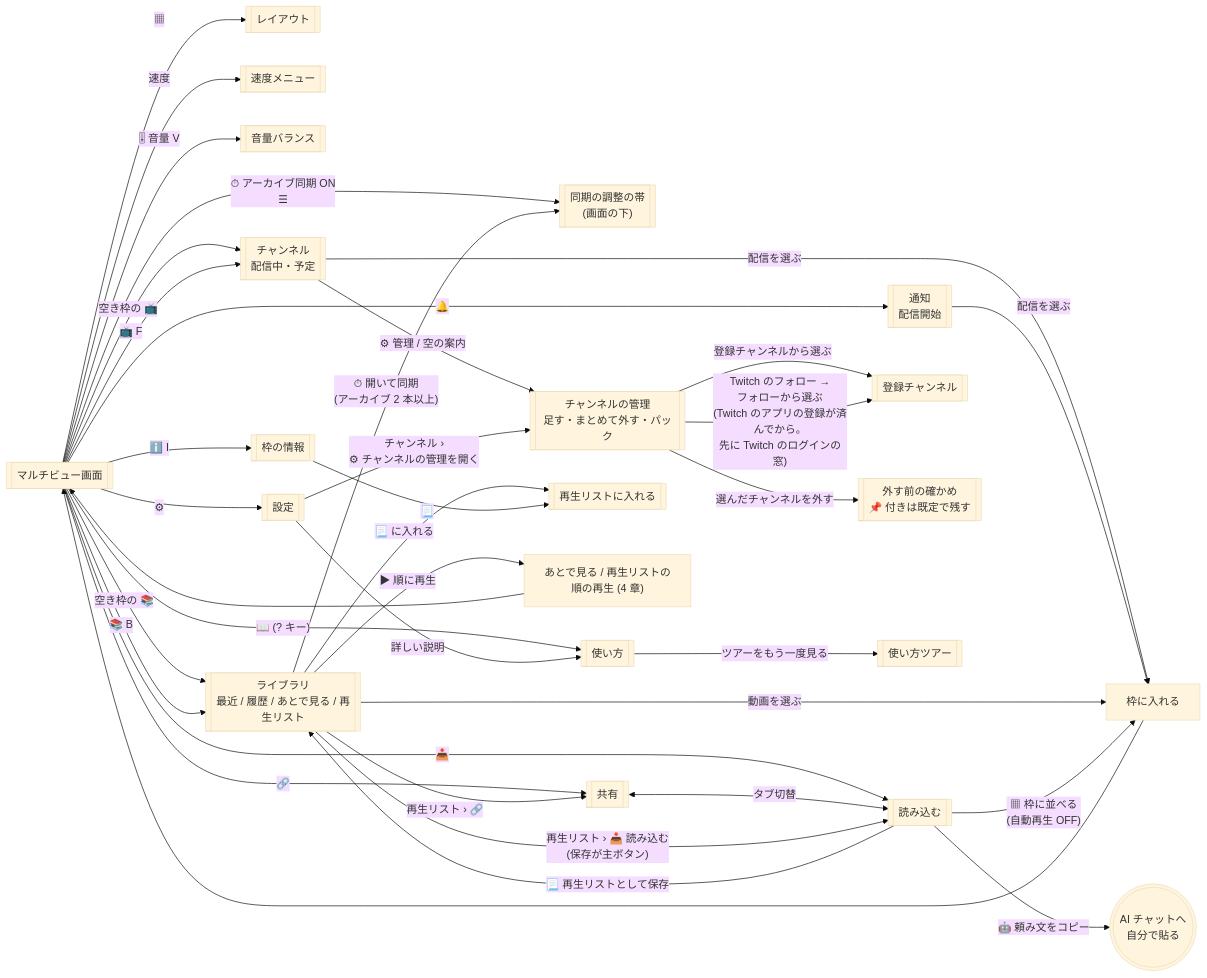
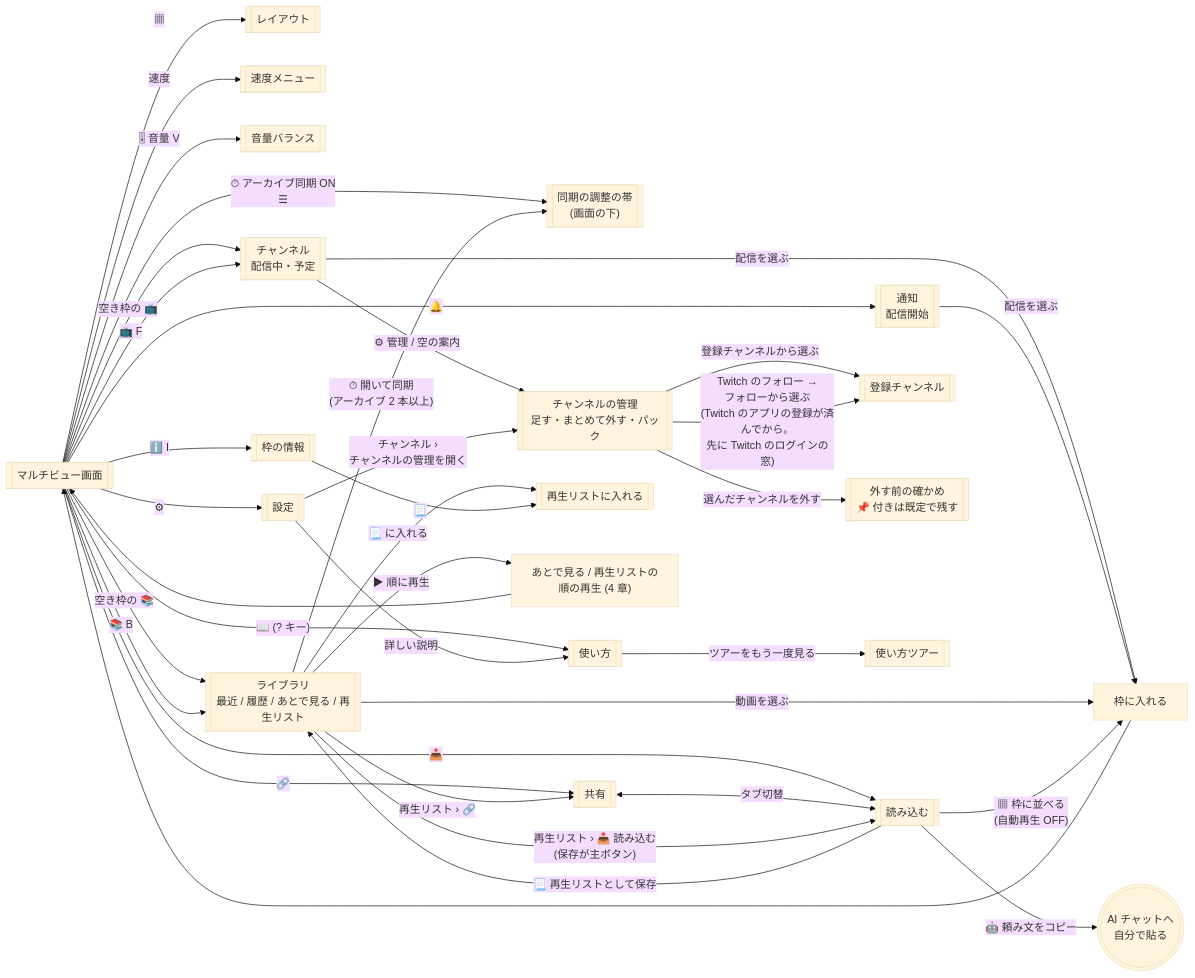
Before and after one commit to contee213/hakomado: the third of 5 diagrams in docs/screen-flow.md, drawn with Mermaid (base theme). The commit also changed other lines of this file and 16 other files, not shown here.

````diff
--- a/docs/screen-flow.md
+++ b/docs/screen-flow.md
@@ -86,40 +88,40 @@
 ```mermaid
 flowchart LR
   MAIN[["マルチビュー画面"]]
   MAIN -- "▦" --> LAY[["レイアウト"]]
   MAIN -- "速度" --> SPD[["速度メニュー"]]
   MAIN -- "🎚 音量 V" --> VOL[["音量バランス"]]
   MAIN -- "⏱ アーカイブ同期 ON<br>☰" --> WAVE[["同期の調整の帯<br>(画面の下)"]]
   MAIN -- "空き枠の 📺" --> CH
   MAIN -- "空き枠の 📚" --> LIB
   MAIN -- "🔔" --> NOT[["通知<br>配信開始"]]
   MAIN -- "📺 F" --> CH[["チャンネル<br>配信中・予定"]]
   MAIN -- "📚 B" --> LIB[["ライブラリ<br>最近 / 履歴 / あとで見る / 再生リスト"]]
   MAIN -- "ℹ️ I" --> INFO[["枠の情報"]]
   MAIN -- "🔗" --> SH[["共有"]]
   MAIN -- "📥" --> RD[["読み込む"]]
   MAIN -- "⚙" --> SET[["設定"]]
   MAIN -- "📖 (? キー)" --> HELP[["使い方"]]
   SH <-- "タブ切替" --> RD
   CH -- "⚙ 管理 / 空の案内" --> CM[["チャンネルの管理<br>足す・まとめて外す・パック"]]
-  SET -- "チャンネル ›<br>⚙ チャンネルの管理を開く" --> CM
+  SET -- "チャンネル ›<br>チャンネルの管理を開く" --> CM
   CM -- "登録チャンネルから選ぶ" --> SUBS[["登録チャンネル"]]
   CM -- "Twitch のフォロー →<br>フォローから選ぶ<br>(Twitch のアプリの登録が済んでから。<br>先に Twitch のログインの窓)" --> SUBS
   CM -- "選んだチャンネルを外す" --> CMC[["外す前の確かめ<br>📌 付きは既定で残す"]]
   SET -- "詳しい説明" --> HELP
   HELP -- "ツアーをもう一度見る" --> TOUR[["使い方ツアー"]]
   CH -- "配信を選ぶ" --> TILE["枠に入れる"]
   NOT -- "配信を選ぶ" --> TILE
   LIB -- "動画を選ぶ" --> TILE
   LIB -- "⏱ 開いて同期<br>(アーカイブ 2 本以上)" --> WAVE
   LIB -- "📃 に入れる" --> PLP[["再生リストに入れる"]]
   LIB -- "▶ 順に再生" --> Q["あとで見る / 再生リストの<br>順の再生 (4 章)"]
   LIB -- "再生リスト › 📥 読み込む<br>(保存が主ボタン)" --> RD
   LIB -- "再生リスト › 🔗" --> SH
   INFO -- "📃" --> PLP
   RD -- "▦ 枠に並べる<br>(自動再生 OFF)" --> TILE
   RD -- "📃 再生リストとして保存" --> LIB
   RD -- "🤖 頼み文をコピー" --> AI((("AI チャットへ<br>自分で貼る")))
   TILE --> MAIN
   Q --> MAIN
 ```
````
